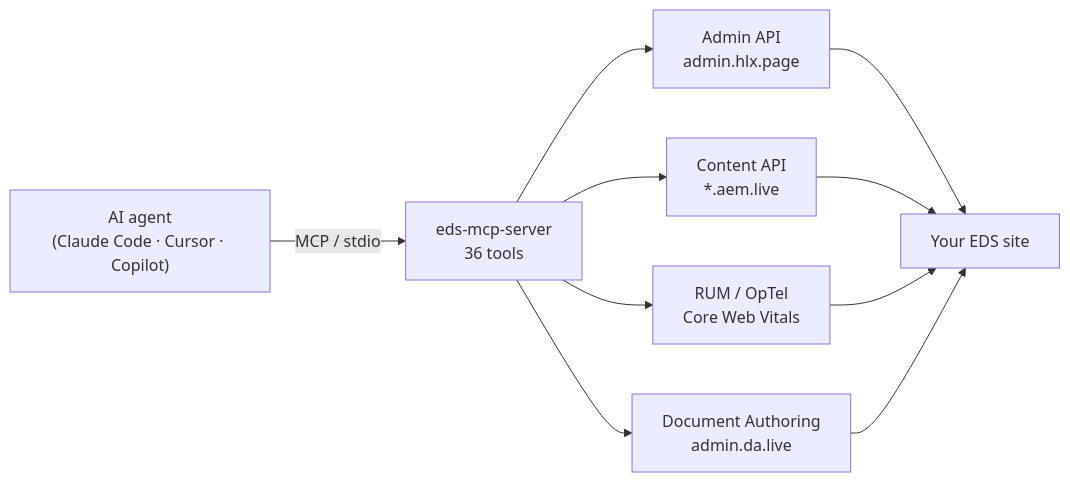
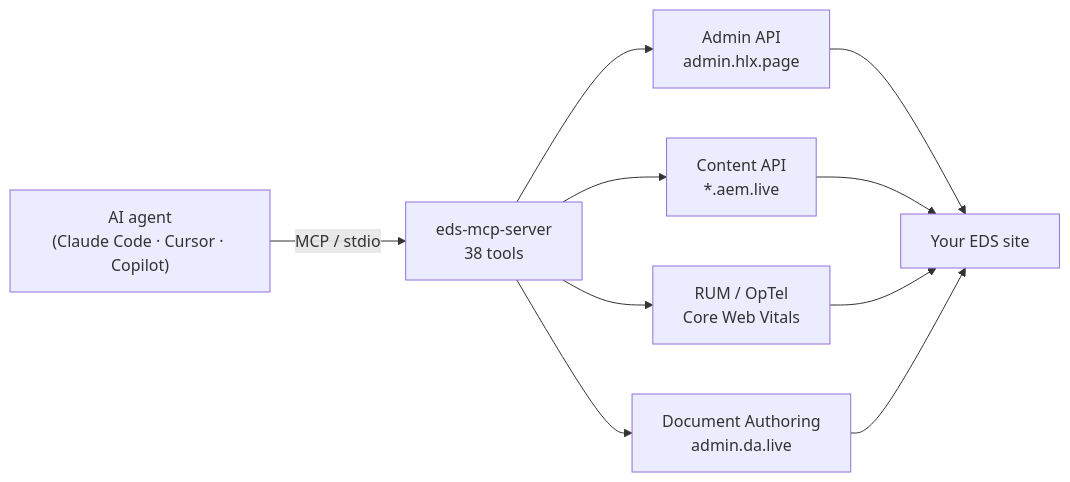
Before and after one commit to Focus-GTS/eds-mcp-server: the second of 3 diagrams in README.md, drawn with Mermaid. The commit also changed other lines of this file and 17 other files, not shown here.

````diff
--- a/README.md
+++ b/README.md
@@ -57,12 +57,12 @@
 ```mermaid
 flowchart LR
-  A["AI agent<br/>(Claude Code · Cursor · Copilot)"] -- MCP / stdio --> B["eds-mcp-server<br/>36 tools"]
+  A["AI agent<br/>(Claude Code · Cursor · Copilot)"] -- MCP / stdio --> B["eds-mcp-server<br/>38 tools"]
   B --> C["Admin API<br/>admin.hlx.page"]
   B --> D["Content API<br/>*.aem.live"]
   B --> E["RUM / OpTel<br/>Core Web Vitals"]
   B --> G["Document Authoring<br/>admin.da.live"]
   C --> F["Your EDS site"]
   D --> F
   E --> F
   G --> F
 ```
````
